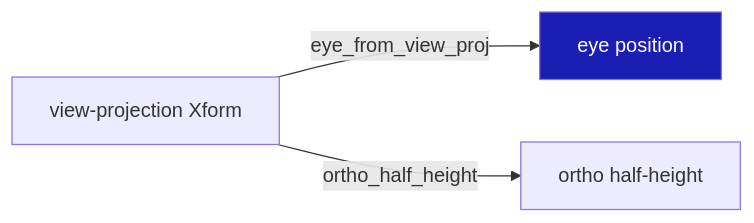
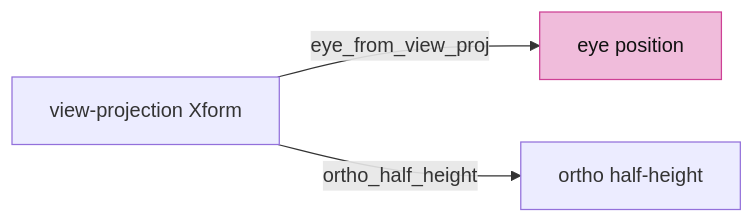
The fourth of 11 diagrams in session_viewer/docs/02-camera.md (petrasvestartas/session), drawn with Mermaid before and after one commit. The commit also changed other lines of this file and 23 other files, not shown here.

Commit message:
Course: Mermaid nodes white with black text, highlighted nodes pink, white arrows and edge labels on the black ground

````diff
--- a/session_viewer/docs/02-camera.md
+++ b/session_viewer/docs/02-camera.md
@@ -61,6 +61,6 @@
 ```mermaid
 flowchart LR
     V["view-projection Xform"] -- "eye_from_view_proj" --> E["eye position"]
     V -- "ortho_half_height" --> H["ortho half-height"]
-    style E fill:#1a1eb2,color:#fff
+    style E fill:#f0bcdb,stroke:#ce4095,color:#111
 ```
````
